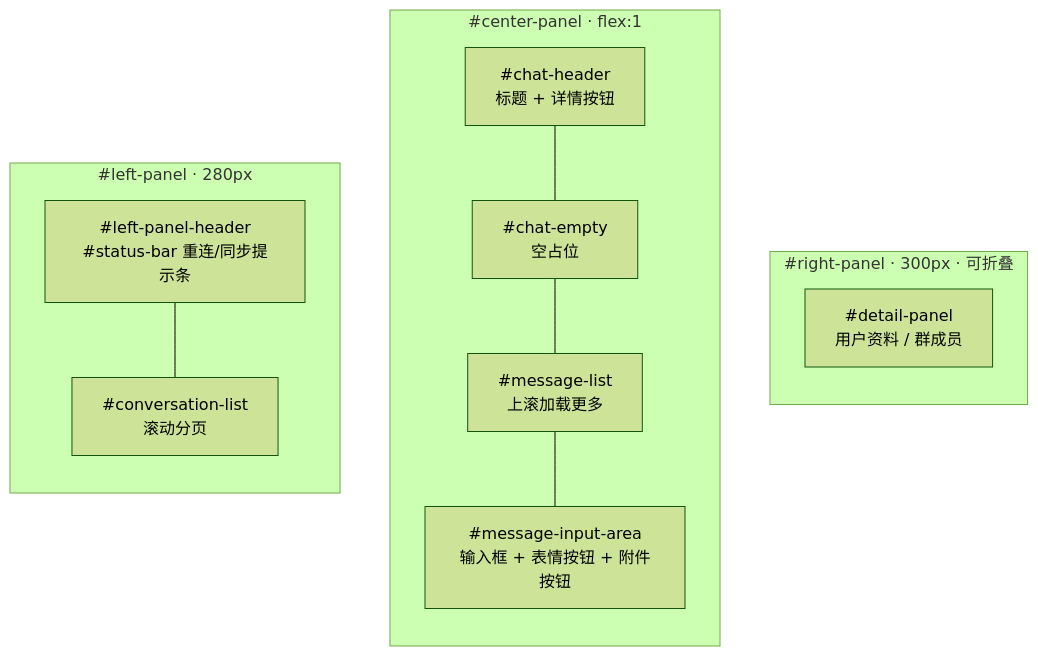
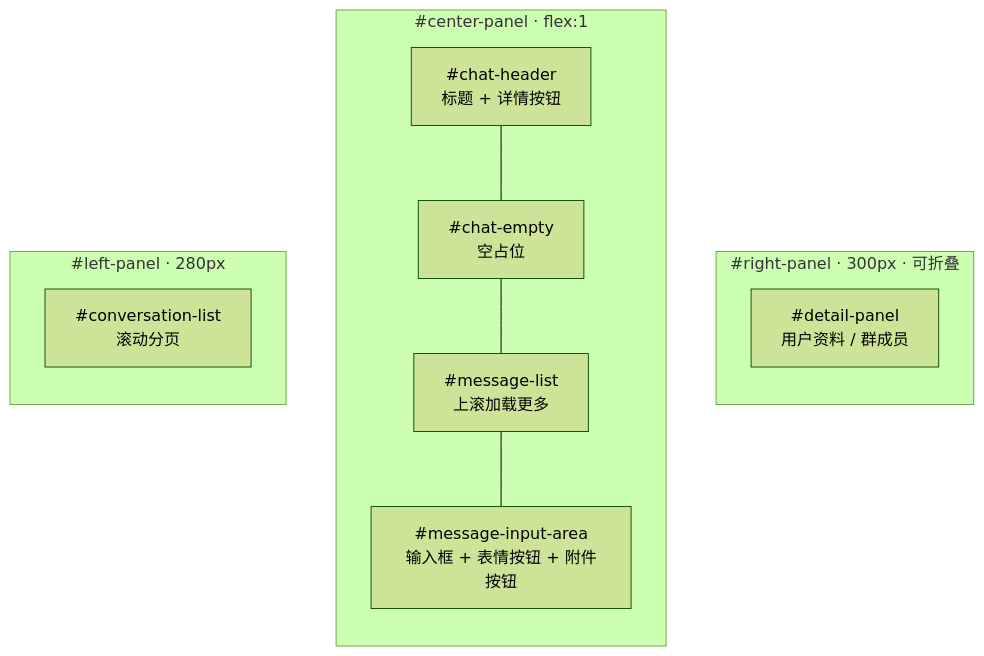
The first of 3 diagrams in packages/uikit/docs/UI设计方案.md (dacez/yimsg), drawn with Mermaid (forest theme) before and after one commit. The commit also changed other lines of this file and 10 other files, not shown here.

````diff
--- a/packages/uikit/docs/UI设计方案.md
+++ b/packages/uikit/docs/UI设计方案.md
@@ -143,24 +145,21 @@
 ```mermaid
 graph LR
     subgraph 左栏["#left-panel · 280px"]
-        direction TB
-        L1["#left-panel-header<br/>#status-bar 重连/同步提示条"]
         L2["#conversation-list<br/>滚动分页"]
-        L1 --- L2
     end
 
     subgraph 中栏["#center-panel · flex:1"]
         direction TB
         C1["#chat-header<br/>标题 + 详情按钮"]
         C2["#chat-empty<br/>空占位"]
         C3["#message-list<br/>上滚加载更多"]
         C4["#message-input-area<br/>输入框 + 表情按钮 + 附件按钮"]
         C1 --- C2 --- C3 --- C4
     end
 
     subgraph 右栏["#right-panel · 300px · 可折叠"]
         R1["#detail-panel<br/>用户资料 / 群成员"]
     end
 
     左栏 ~~~ 中栏 ~~~ 右栏
 ```
````
